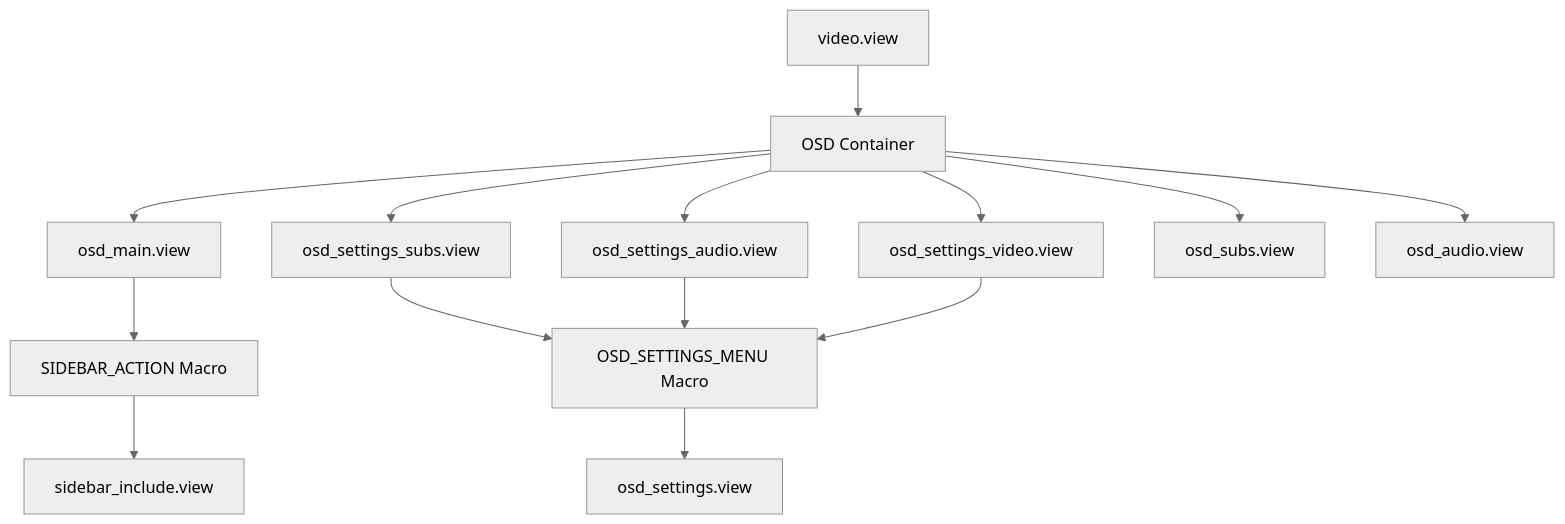
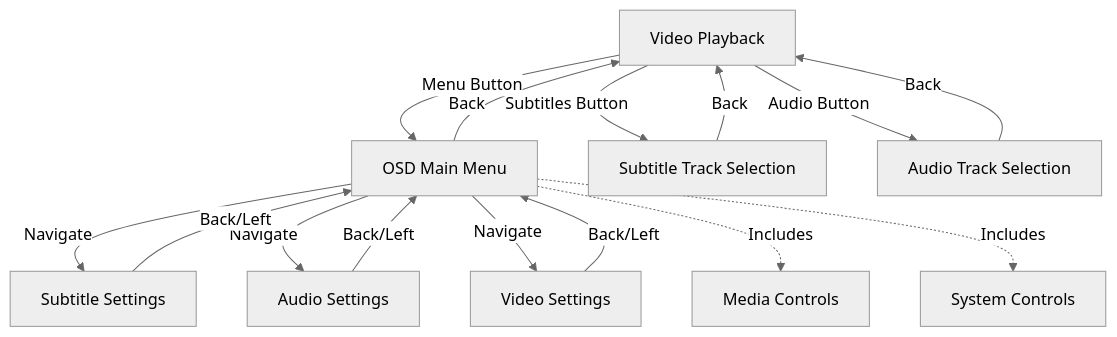
One commit to Buksa/movian-docs changed the diagram in docs/media/osd-system.md. Above: the diagram before and after it, drawn with Mermaid (neutral theme). The commit also changed other lines of this file and 2 other files, not shown here.

Commit message:
docs: 7.3 - Write OSD system architecture and navigation documentation

````diff
--- a/docs/media/osd-system.md
+++ b/docs/media/osd-system.md
@@ -13,18 +18,21 @@
 ```mermaid
 graph TB
-    A[video.view] --> B[OSD Container]
-    B --> C[osd_main.view]
-    B --> D[osd_settings_subs.view]
-    B --> E[osd_settings_audio.view]
-    B --> F[osd_settings_video.view]
-    B --> G[osd_subs.view]
-    B --> H[osd_audio.view]
+    A[Video Playback] -->|Menu Button| B[OSD Main Menu]
+    A -->|Subtitles Button| C[Subtitle Track Selection]
+    A -->|Audio Button| D[Audio Track Selection]
     
-    C --> I[SIDEBAR_ACTION Macro]
-    D --> J[OSD_SETTINGS_MENU Macro]
-    E --> J
-    F --> J
+    B -->|Navigate| E[Subtitle Settings]
+    B -->|Navigate| F[Audio Settings]
+    B -->|Navigate| G[Video Settings]
     
-    I --> K[sidebar_include.view]
-    J --> L[osd_settings.view]
+    E -->|Back/Left| B
+    F -->|Back/Left| B
+    G -->|Back/Left| B
+    
+    C -->|Back| A
+    D -->|Back| A
+    B -->|Back| A
+    
+    B -.->|Includes| H[Media Controls]
+    B -.->|Includes| I[System Controls]
 ```
````
